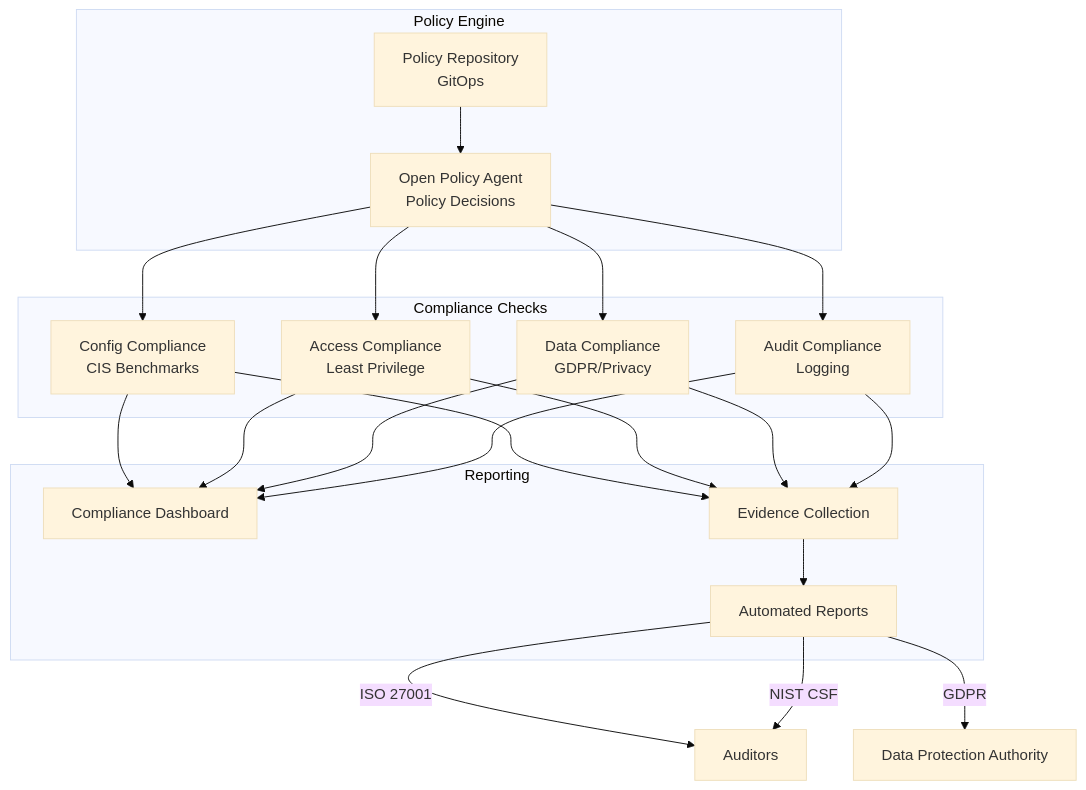
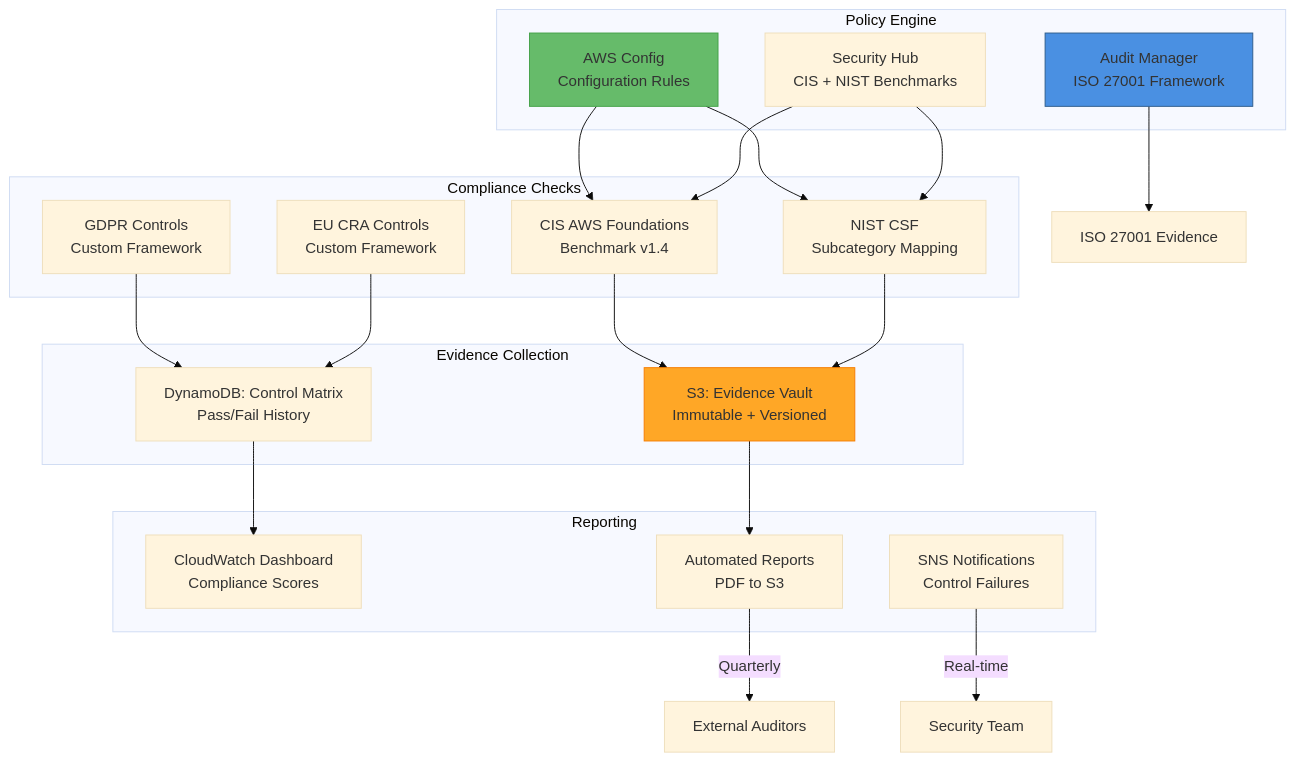
The tenth of 19 diagrams in FUTURE_SECURITY_ARCHITECTURE.md (Hack23/European-Parliament-MCP-Server), drawn with Mermaid (base theme) before and after one commit. The commit also changed other lines of this file, not shown here.

Commit message:
docs: expand FUTURE_SECURITY_ARCHITECTURE.md with all missing mandatory sections

````diff
--- a/FUTURE_SECURITY_ARCHITECTURE.md
+++ b/FUTURE_SECURITY_ARCHITECTURE.md
@@ -597,43 +891,46 @@
 ```mermaid
 graph TB
     subgraph "Policy Engine"
-        OPA[Open Policy Agent<br/>Policy Decisions]
-        POLICIES[Policy Repository<br/>GitOps]
+        CONFIG[AWS Config<br/>Configuration Rules]
+        AM[Audit Manager<br/>ISO 27001 Framework]
+        SH[Security Hub<br/>CIS + NIST Benchmarks]
     end
-    
+
     subgraph "Compliance Checks"
-        CONFIG[Config Compliance<br/>CIS Benchmarks]
-        ACCESS[Access Compliance<br/>Least Privilege]
-        DATA[Data Compliance<br/>GDPR/Privacy]
-        AUDIT_C[Audit Compliance<br/>Logging]
+        CIS[CIS AWS Foundations<br/>Benchmark v1.4]
+        NIST[NIST CSF<br/>Subcategory Mapping]
+        GDPR_C[GDPR Controls<br/>Custom Framework]
+        CRA_C[EU CRA Controls<br/>Custom Framework]
     end
-    
+
+    subgraph "Evidence Collection"
+        S3_EV[S3: Evidence Vault<br/>Immutable + Versioned]
+        DDB_EV[DynamoDB: Control Matrix<br/>Pass/Fail History]
+    end
+
     subgraph "Reporting"
-        DASHBOARD[Compliance Dashboard]
-        EVIDENCE[Evidence Collection]
-        REPORT[Automated Reports]
+        DASH[CloudWatch Dashboard<br/>Compliance Scores]
+        REPORT[Automated Reports<br/>PDF to S3]
+        NOTIFY[SNS Notifications<br/>Control Failures]
     end
-    
-    POLICIES --> OPA
-    
-    OPA --> CONFIG
-    OPA --> ACCESS
-    OPA --> DATA
-    OPA --> AUDIT_C
-    
-    CONFIG --> DASHBOARD
-    ACCESS --> DASHBOARD
-    DATA --> DASHBOARD
-    AUDIT_C --> DASHBOARD
-    
-    CONFIG --> EVIDENCE
-    ACCESS --> EVIDENCE
-    DATA --> EVIDENCE
-    AUDIT_C --> EVIDENCE
-    
-    EVIDENCE --> REPORT
-    
-    REPORT -->|ISO 27001| AUDITOR[Auditors]
-    REPORT -->|NIST CSF| AUDITOR
-    REPORT -->|GDPR| DPA[Data Protection Authority]
+
+    CONFIG --> CIS
+    CONFIG --> NIST
+    AM --> ISO[ISO 27001 Evidence]
+    SH --> CIS
+    SH --> NIST
+
+    CIS --> S3_EV
+    NIST --> S3_EV
+    GDPR_C --> DDB_EV
+    CRA_C --> DDB_EV
+
+    S3_EV --> REPORT
+    DDB_EV --> DASH
+    REPORT -->|Quarterly| AUDITOR[External Auditors]
+    NOTIFY -->|Real-time| SECTEAM[Security Team]
+
+    style CONFIG fill:#66BB6A,stroke:#43A047
+    style AM fill:#4A90E2,stroke:#2E5C8A
+    style S3_EV fill:#FFA726,stroke:#F57C00
 ```
````
